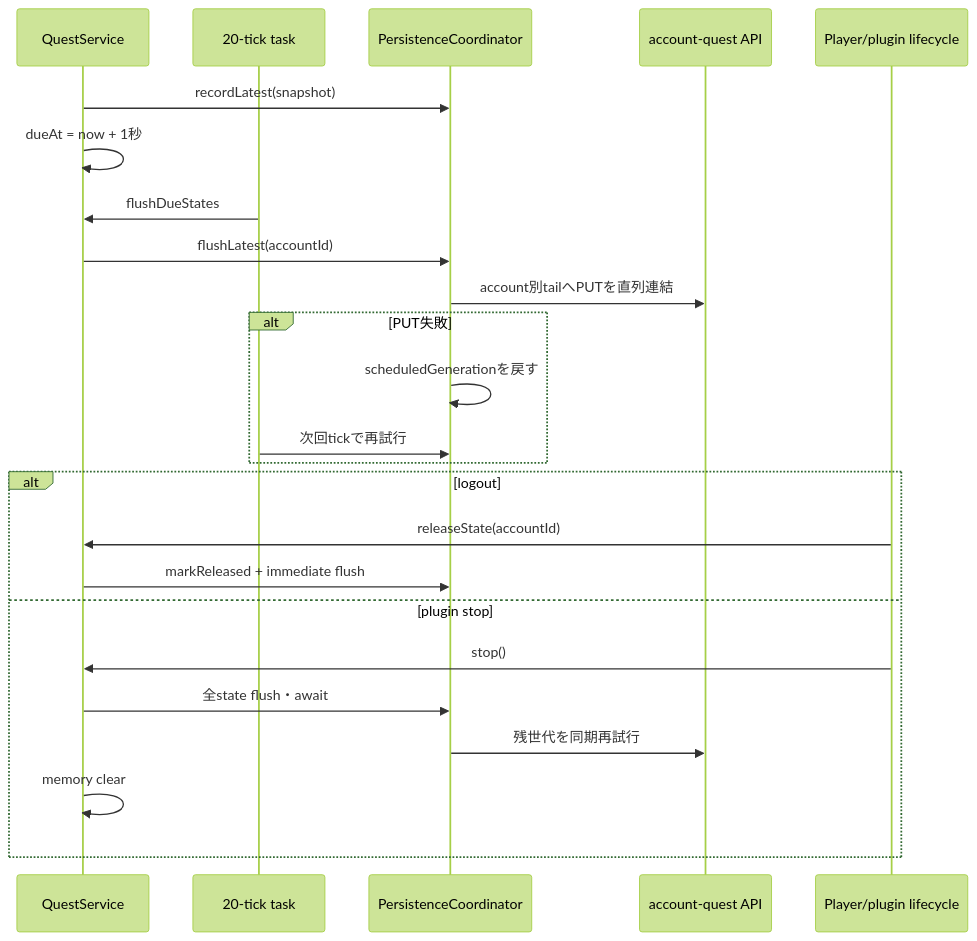
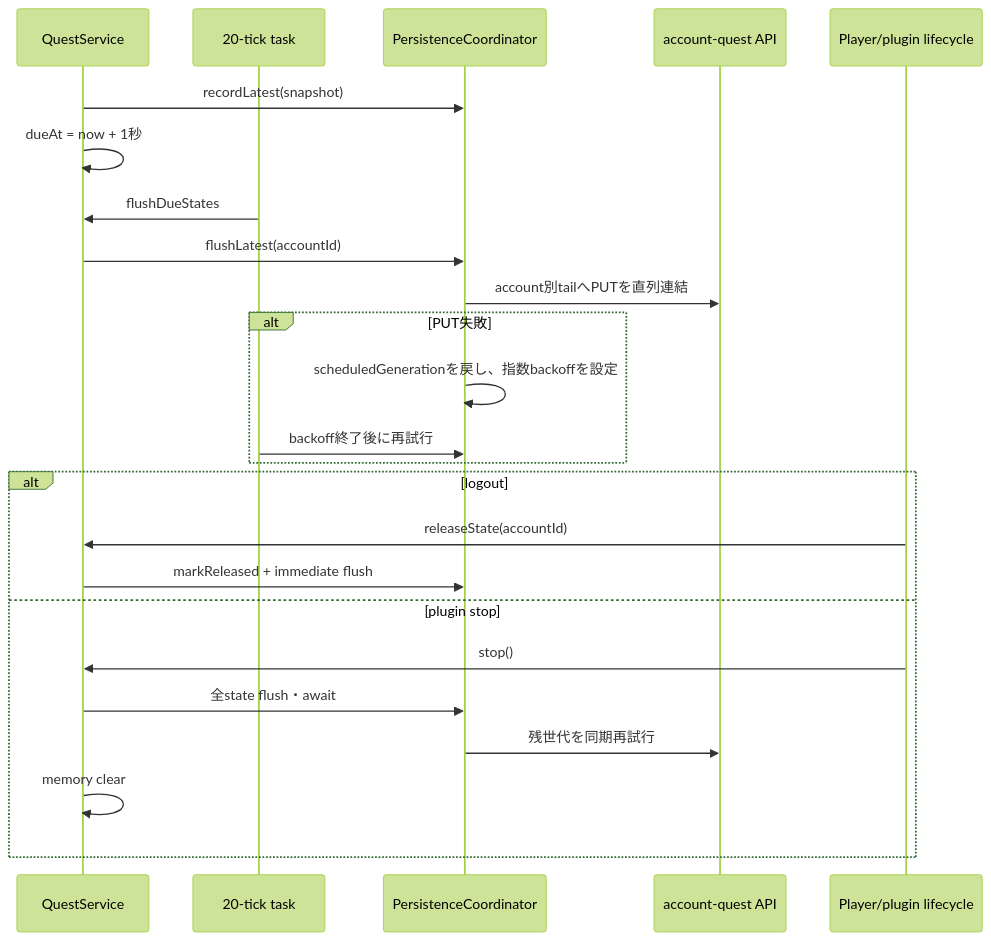
One commit to maaasu/AstralRecord-Workspace changed the fifth of 5 diagrams in 00_docs/10_Plugin設計書/feature/29-quest/29_4-統合フロー.md. Above: the diagram before and after it, drawn with Mermaid (forest theme). The commit also changed other lines of this file and 19 other files, not shown here.

````diff
--- a/00_docs/10_Plugin設計書/feature/29-quest/29_4-統合フロー.md
+++ b/00_docs/10_Plugin設計書/feature/29-quest/29_4-統合フロー.md
@@ -182,27 +182,27 @@
 ```mermaid
 sequenceDiagram
     participant Quest as QuestService
     participant Timer as 20-tick task
     participant Coord as PersistenceCoordinator
     participant API as account-quest API
     participant Lifecycle as Player/plugin lifecycle
 
     Quest->>Coord: recordLatest(snapshot)
     Quest->>Quest: dueAt = now + 1秒
     Timer->>Quest: flushDueStates
     Quest->>Coord: flushLatest(accountId)
     Coord->>API: account別tailへPUTを直列連結
     alt PUT失敗
-        Coord->>Coord: scheduledGenerationを戻す
-        Timer->>Coord: 次回tickで再試行
+        Coord->>Coord: scheduledGenerationを戻し、指数backoffを設定
+        Timer->>Coord: backoff終了後に再試行
     end
     alt logout
         Lifecycle->>Quest: releaseState(accountId)
         Quest->>Coord: markReleased + immediate flush
     else plugin stop
         Lifecycle->>Quest: stop()
         Quest->>Coord: 全state flush・await
         Coord->>API: 残世代を同期再試行
         Quest->>Quest: memory clear
     end
 ```
````
